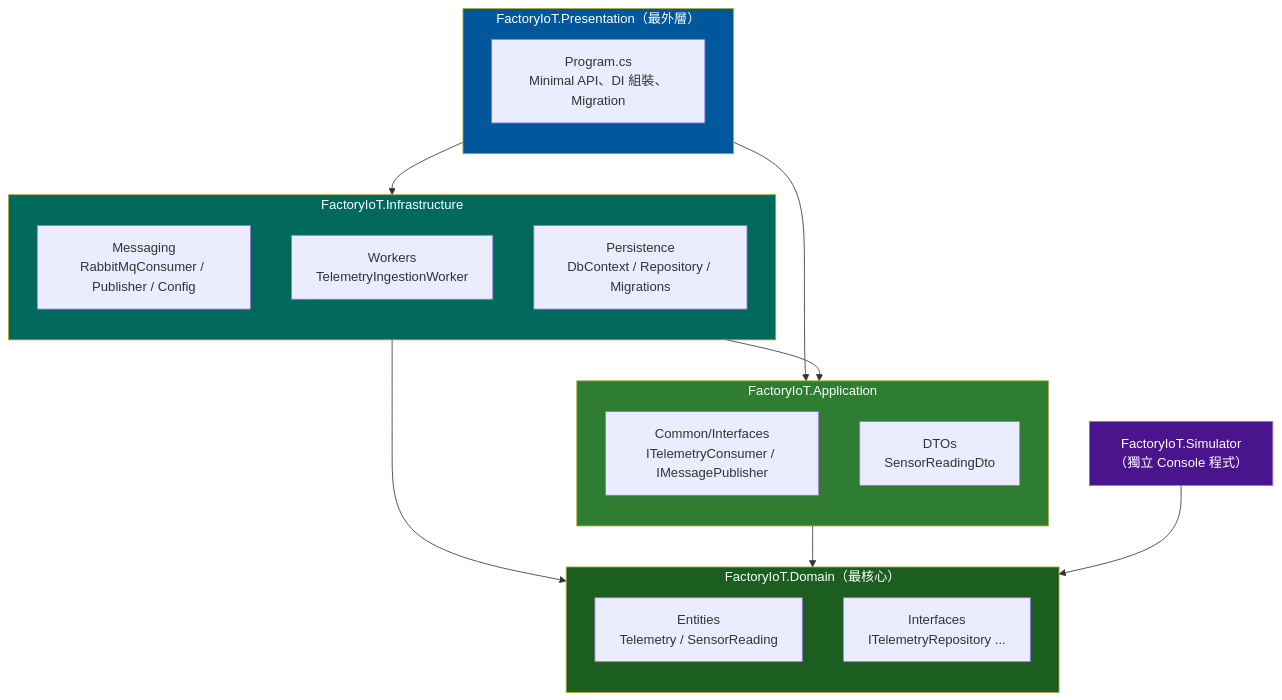
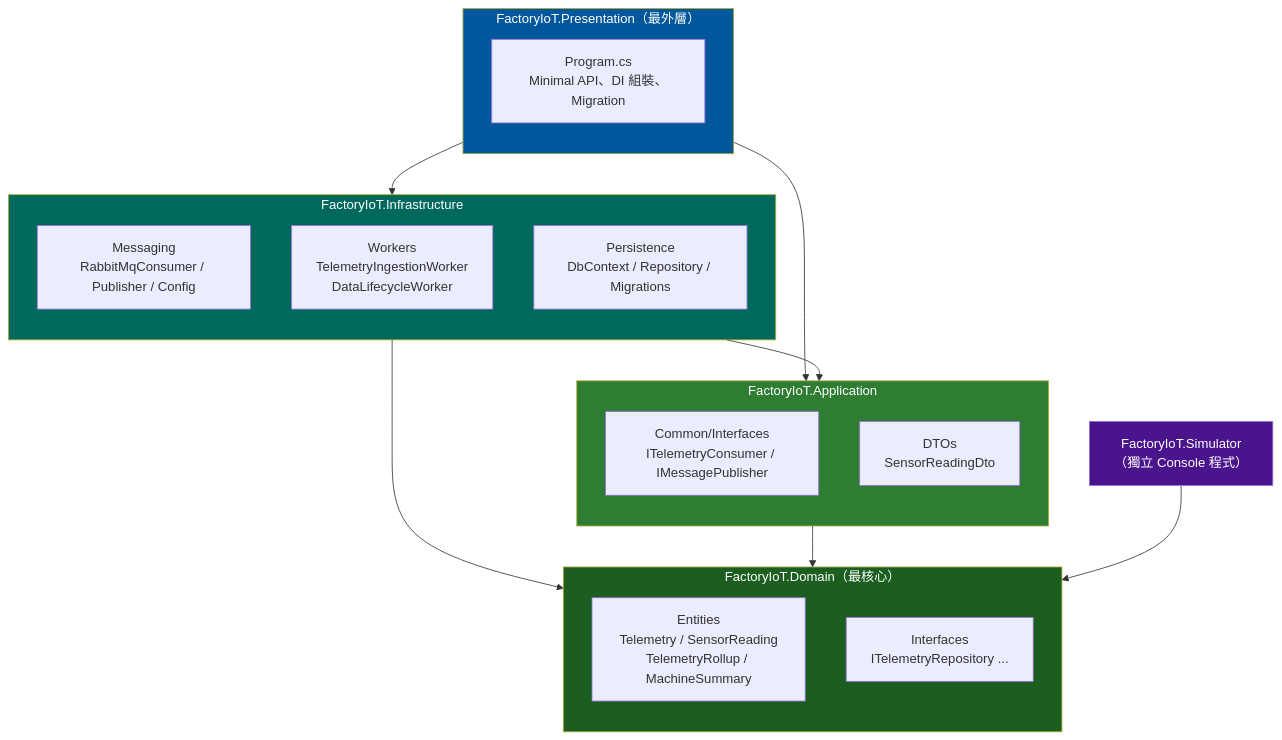
Before and after one commit to Jeffrey-Pai/Factory-IoT-Ingestion-System: the fourth of 6 diagrams in docs/ARCHITECTURE.md, drawn with Mermaid. The commit also changed other lines of this file and 32 other files, not shown here.

````diff
--- a/docs/ARCHITECTURE.md
+++ b/docs/ARCHITECTURE.md
@@ -152,41 +154,41 @@
 ```mermaid
 flowchart TB
     subgraph P["FactoryIoT.Presentation（最外層）"]
         direction TB
         PROG["Program.cs<br/>Minimal API、DI 組裝、Migration"]
     end
 
     subgraph INF["FactoryIoT.Infrastructure"]
         direction TB
         MSG["Messaging<br/>RabbitMqConsumer / Publisher / Config"]
-        WRK["Workers<br/>TelemetryIngestionWorker"]
+        WRK["Workers<br/>TelemetryIngestionWorker<br/>DataLifecycleWorker"]
         PER["Persistence<br/>DbContext / Repository / Migrations"]
     end
 
     subgraph APP["FactoryIoT.Application"]
         direction TB
         IFACE["Common/Interfaces<br/>ITelemetryConsumer / IMessagePublisher"]
         DTO["DTOs<br/>SensorReadingDto"]
     end
 
     subgraph DOM["FactoryIoT.Domain（最核心）"]
         direction TB
-        ENT["Entities<br/>Telemetry / SensorReading"]
+        ENT["Entities<br/>Telemetry / SensorReading<br/>TelemetryRollup / MachineSummary"]
         DIFACE["Interfaces<br/>ITelemetryRepository ..."]
     end
 
     SIM["FactoryIoT.Simulator<br/>（獨立 Console 程式）"]
 
     P --> INF
     P --> APP
     INF --> APP
     INF --> DOM
     APP --> DOM
     SIM --> DOM
 
     style DOM fill:#1b5e20,color:#fff
     style APP fill:#2e7d32,color:#fff
     style INF fill:#00695c,color:#fff
     style P fill:#01579b,color:#fff
     style SIM fill:#4a148c,color:#fff
 ```
````
